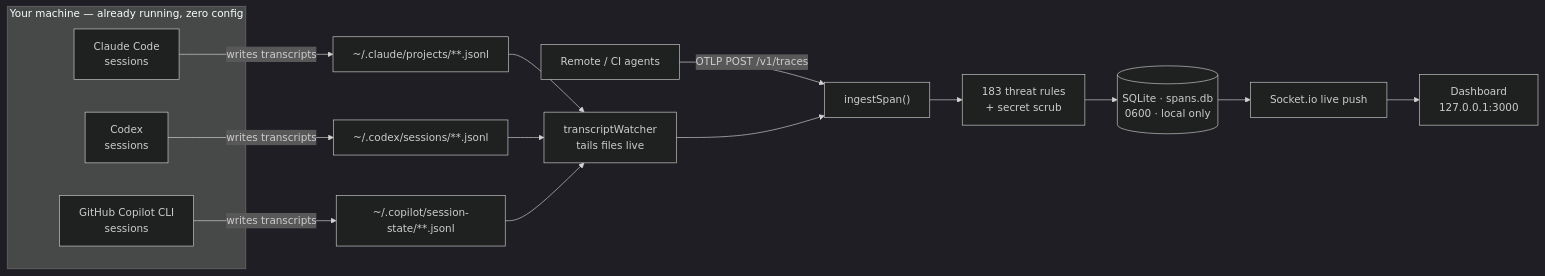
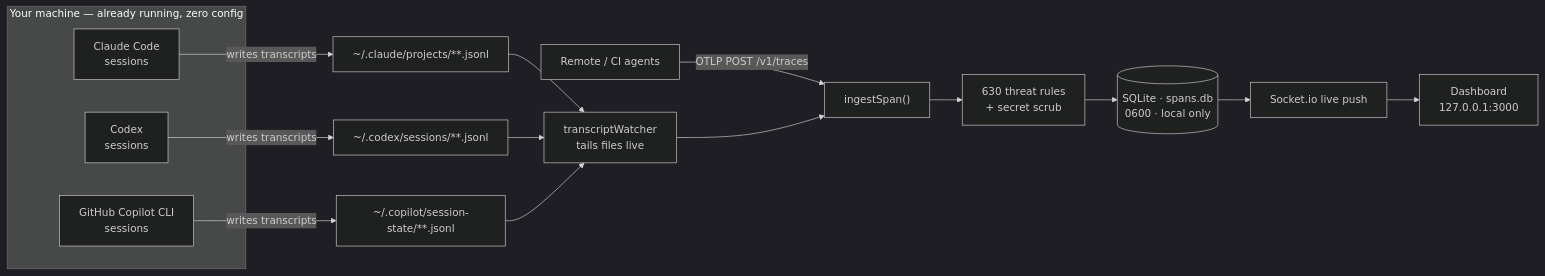
Before and after one commit to aanjaneyasinghdhoni/ClaudeSec: the first of 4 diagrams in README.md, drawn with Mermaid (dark theme). The commit also changed other lines of this file and 1 other file, not shown here.

````diff
--- a/README.md
+++ b/README.md
@@ -19,20 +19,20 @@
 ```mermaid
 flowchart LR
     subgraph machine["Your machine — already running, zero config"]
         CC["Claude Code<br/>sessions"]
         CP["GitHub Copilot CLI<br/>sessions"]
         CX["Codex<br/>sessions"]
     end
     CC -->|writes transcripts| TA["~/.claude/projects/**.jsonl"]
     CP -->|writes transcripts| TC["~/.copilot/session-state/**.jsonl"]
     CX -->|writes transcripts| TB["~/.codex/sessions/**.jsonl"]
     TA --> W["transcriptWatcher<br/>tails files live"]
     TB --> W
     TC --> W
     REMOTE["Remote / CI agents"] -->|"OTLP POST /v1/traces"| ING
     W --> ING["ingestSpan()"]
-    ING --> RULES["183 threat rules<br/>+ secret scrub"]
+    ING --> RULES["630 threat rules<br/>+ secret scrub"]
     RULES --> DB[("SQLite · spans.db<br/>0600 · local only")]
     DB --> IO["Socket.io live push"]
     IO --> UI["Dashboard<br/>127.0.0.1:3000"]
 ```
````
